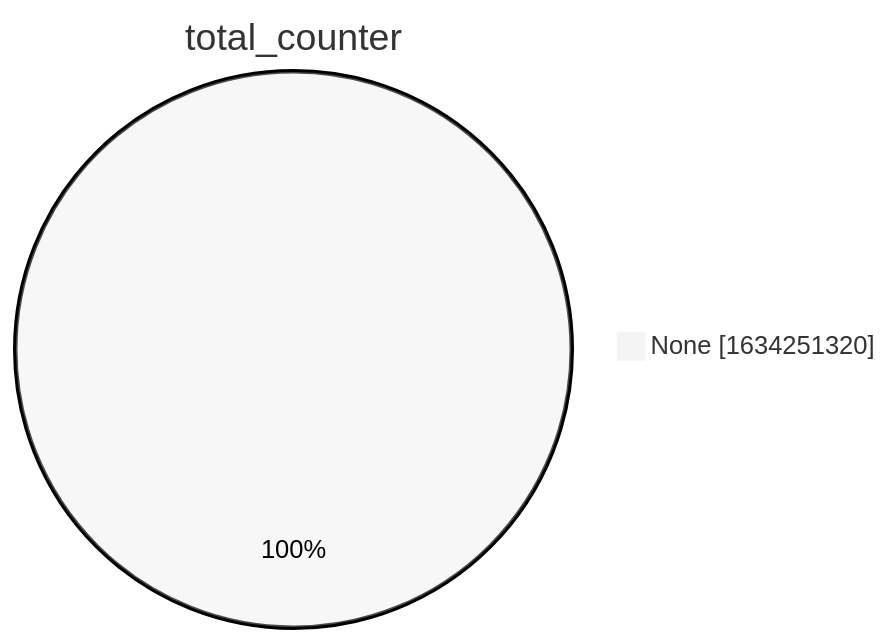
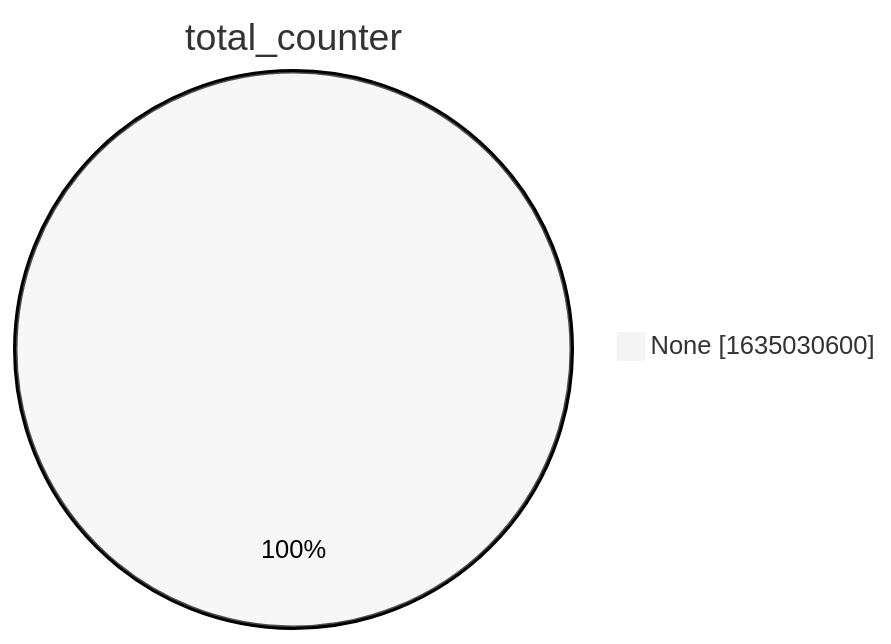
Before and after one commit to christiankrug/ctmonitor_visualization: the second of 15 diagrams in xenon2022/README.md, drawn with Mermaid (neutral theme). The commit also changed other lines of this file, not shown here.

````diff
--- a/xenon2022/README.md
+++ b/xenon2022/README.md
@@ -9,5 +9,5 @@
 ```mermaid
 pie showData
 title total_counter
-"None" :1634251320
+"None" :1635030600
 ```
````
